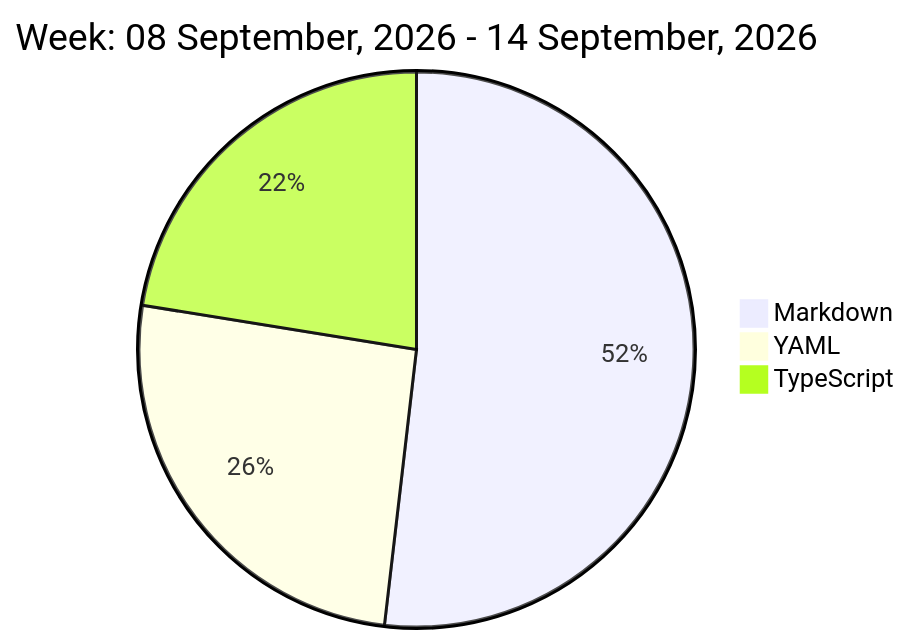
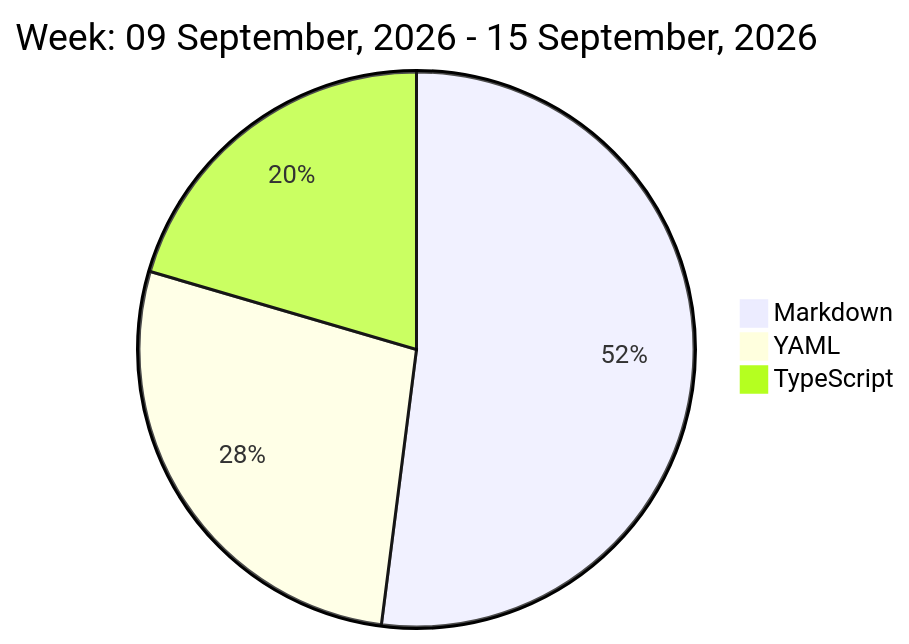
The diagram in README.md (liubin95/liubin95), drawn with Mermaid before and after one commit.

Commit message:
Updated the Graph with new Metrics

````diff
--- a/README.md
+++ b/README.md
@@ -32,7 +32,7 @@
 ```mermaid
  pie
-title Week: 08 September, 2026 - 14 September, 2026
+title Week: 09 September, 2026 - 15 September, 2026
  "Markdown" : 6.05
- "YAML" : 3.0
- "TypeScript" : 2.62
+ "YAML" : 3.2
+ "TypeScript" : 2.38
 ```
````
